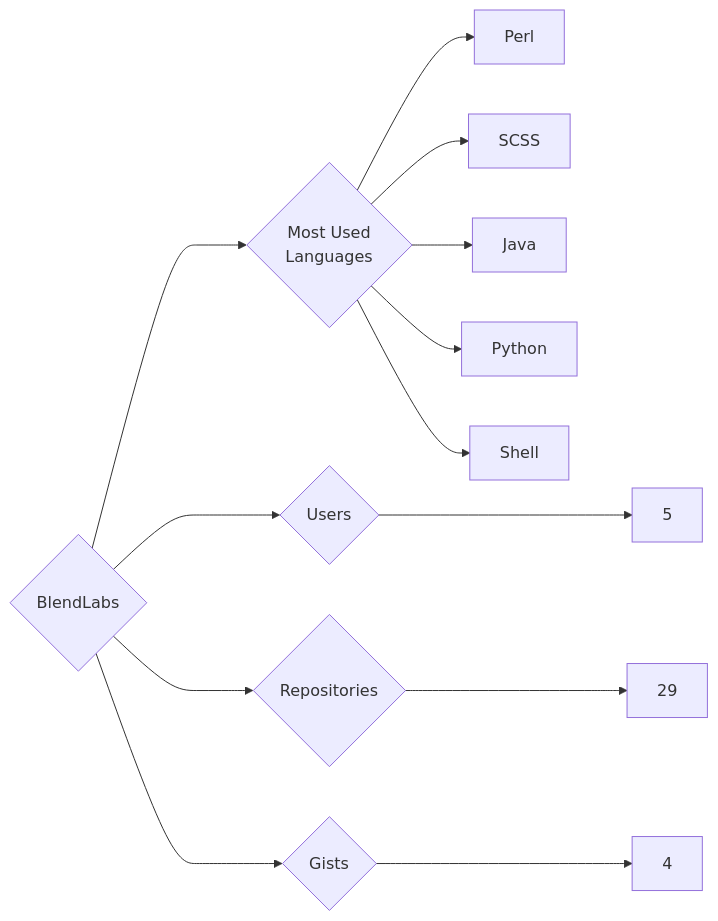
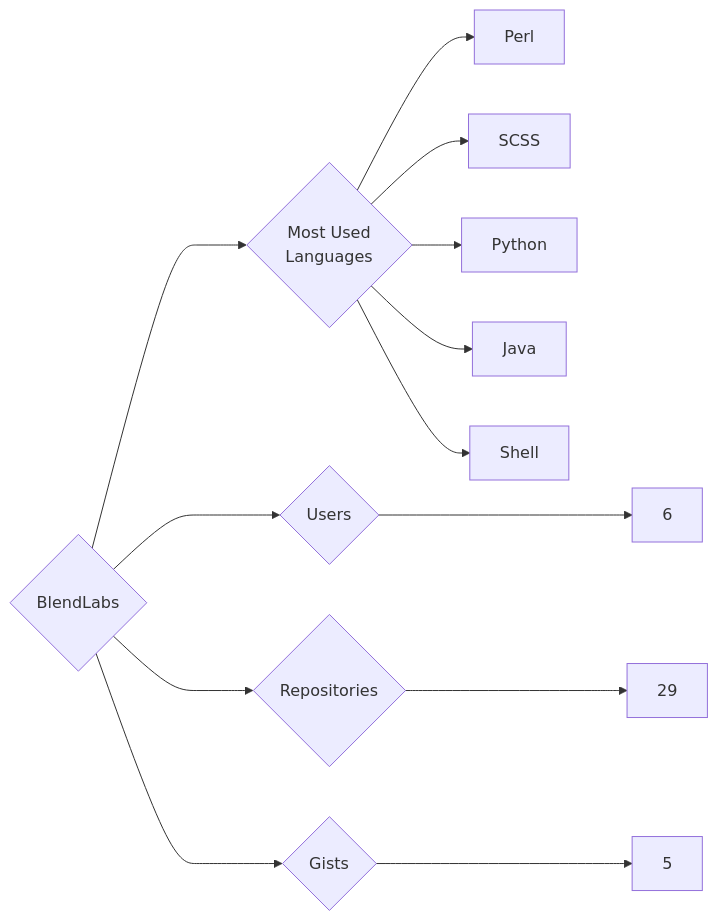
Before and after one commit to trickest/insiders: the diagram in targets/BlendLabs/README.md, drawn with Mermaid. The commit also changed 1175 other files, not shown here.

````diff
--- a/targets/BlendLabs/README.md
+++ b/targets/BlendLabs/README.md
@@ -3,13 +3,13 @@
 ```mermaid
 graph LR
 COMPANY_NAME{BlendLabs}
-COMPANY_NAME ---> U{Users} ---> UN[5]
+COMPANY_NAME ---> U{Users} ---> UN[6]
 COMPANY_NAME ---> R{Repositories} ---> RN[29]
-COMPANY_NAME ---> G{Gists} ---> GN[4]
+COMPANY_NAME ---> G{Gists} ---> GN[5]
 COMPANY_NAME ---> ML{Most Used<br>Languages}
 ML --> Perl[Perl]
 ML --> SCSS[SCSS]
+ML --> Python[Python]
 ML --> Java[Java]
-ML --> Python[Python]
 ML --> Shell[Shell]
 ```
````
